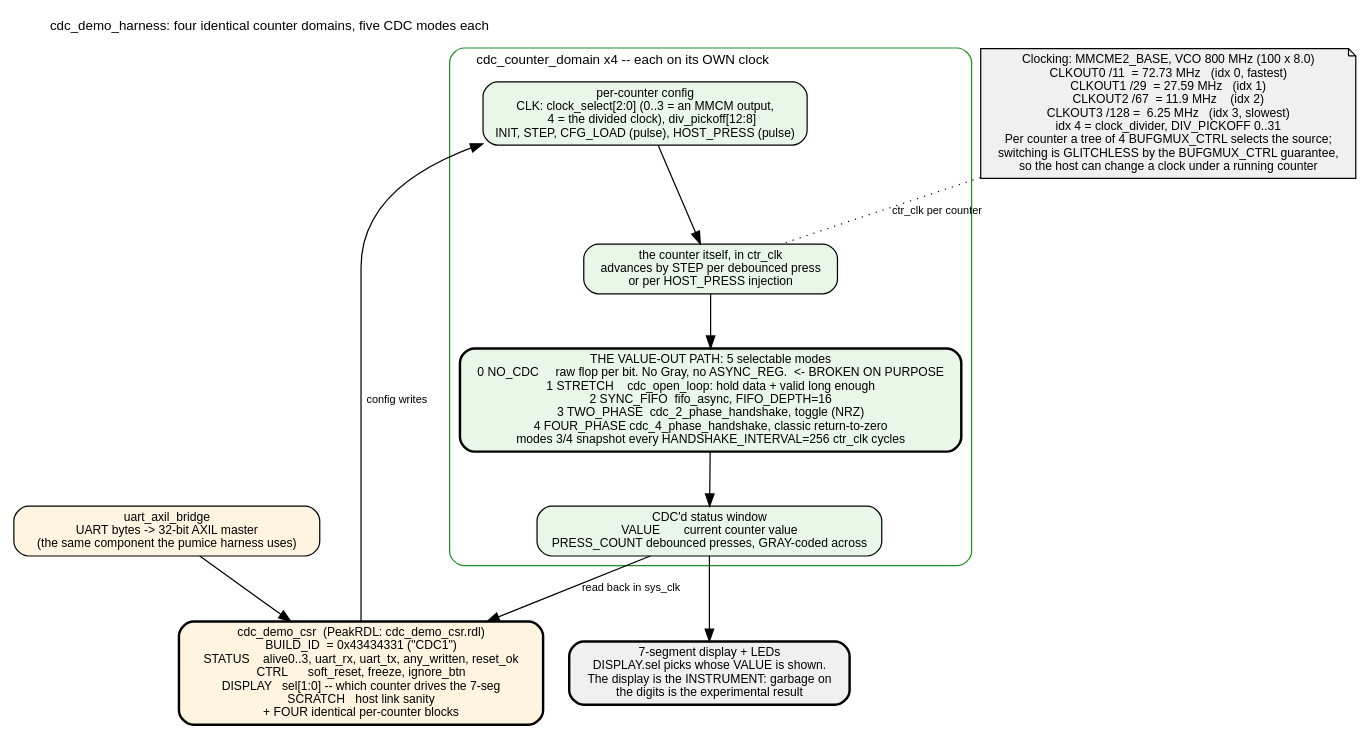
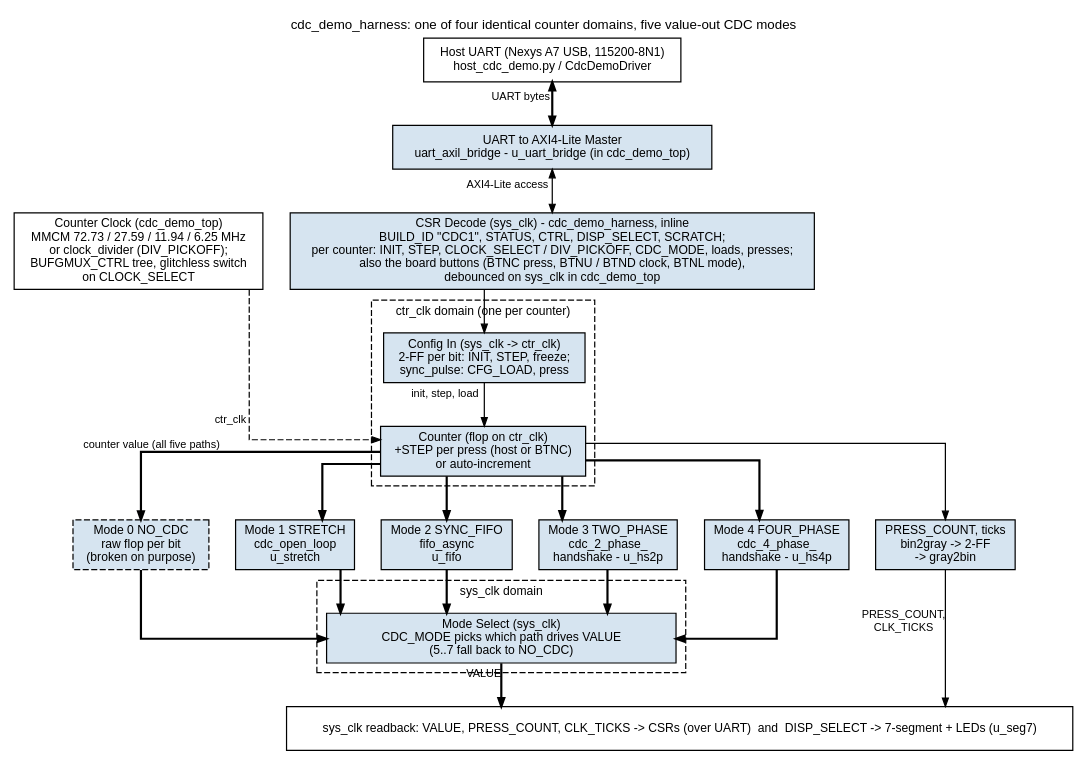
Before and after one commit to sean-galloway/RTLDesignSherpa: the diagram in projects/fpga-systems/NexysA7/misc-ip/cdc_counter_display/docs/cdc_fpga_system/assets/graphviz/02_harness_blocks.dot, drawn with Graphviz. The commit also changed 166 other files, not shown here.

```diff
--- a/projects/fpga-systems/NexysA7/misc-ip/cdc_counter_display/docs/cdc_fpga_system/assets/graphviz/02_harness_blocks.dot
+++ b/projects/fpga-systems/NexysA7/misc-ip/cdc_counter_display/docs/cdc_fpga_system/assets/graphviz/02_harness_blocks.dot
@@ -1,30 +1,72 @@
-// cdc_demo_harness. Register names from build-demo/rtl/cdc_demo_csr.rdl,
-// modes from cdc_counter_domain.sv.
+// Figure 2.1 -- cdc_demo_harness and one of its four counter domains, in the
+// CDC house style (vault/handbook/authoring/block-diagrams.md, the fifo_async
+// template): the host link is the white port on top, the two clock domains
+// are dashed regions, and the five value-out paths are the crossings, drawn
+// side by side as the heavy center rank between the domains. The mode select
+// is a plain box (a mux driven by a register, not a pick). The display and
+// the readback CSRs are the boundary bar. One counter is drawn; there are
+// four identical ones.
+// RTL: build-demo/rtl/cdc_demo_top.sv (u_uart_bridge, MMCM, clock_divider,
+// BUFGMUX_CTRL tree, u_seg7), cdc_demo_harness.sv, cdc_counter_domain.sv.
 digraph harness_blocks {
-    graph [rankdir=TB, fontname="Helvetica", fontsize=11, nodesep=0.3, ranksep=0.6,
-           label="cdc_demo_harness: four identical counter domains, five CDC modes each", labelloc=t, labeljust=l];
-    node  [fontname="Helvetica", fontsize=10, shape=box, style="rounded,filled", fillcolor="#f4f4f4"];
-    edge  [fontname="Helvetica", fontsize=9];
+    graph [rankdir=TB, bgcolor="white", fontname="Helvetica", fontsize=11,
+           nodesep="0.30", ranksep="0.50", splines=ortho, newrank=true,
+           label="cdc_demo_harness: one of four identical counter domains, five value-out CDC modes", labelloc=t];
+    node  [fontname="Helvetica", fontsize=10, shape=box, style=filled,
+           fillcolor="#D6E4F0", color="black", margin="0.10,0.06"];
+    edge  [fontname="Helvetica", fontsize=9, color="black", arrowsize=0.7];
 
-    uart [label="uart_axil_bridge\nUART bytes -> 32-bit AXIL master\n(the same component the pumice harness uses)", fillcolor="#fff4e0"];
-    csr  [label="cdc_demo_csr  (PeakRDL: cdc_demo_csr.rdl)\nBUILD_ID  = 0x43434331 (\"CDC1\")\nSTATUS    alive0..3, uart_rx, uart_tx, any_written, reset_ok\nCTRL      soft_reset, freeze, ignore_btn\nDISPLAY   sel[1:0] -- which counter drives the 7-seg\nSCRATCH   host link sanity\n+ FOUR identical per-counter blocks", fillcolor="#fff4e0", penwidth=2];
+    host [group=C, label="Host UART (Nexys A7 USB, 115200-8N1)\nhost_cdc_demo.py / CdcDemoDriver", fillcolor="white"];
+    uart [group=C, label="UART to AXI4-Lite Master\nuart_axil_bridge - u_uart_bridge (in cdc_demo_top)"];
+    csr  [group=C, label="CSR Decode (sys_clk) - cdc_demo_harness, inline\nBUILD_ID \"CDC1\", STATUS, CTRL, DISP_SELECT, SCRATCH;\nper counter: INIT, STEP, CLOCK_SELECT / DIV_PICKOFF, CDC_MODE, loads, presses;\nalso the board buttons (BTNC press, BTNU / BTND clock, BTNL mode),\ndebounced on sys_clk in cdc_demo_top", width=6];
+
+    clk  [label="Counter Clock (cdc_demo_top)\nMMCM 72.73 / 27.59 / 11.94 / 6.25 MHz\nor clock_divider (DIV_PICKOFF);\nBUFGMUX_CTRL tree, glitchless switch\non CLOCK_SELECT", fillcolor="white"];
 
     subgraph cluster_ctr {
-        label="cdc_counter_domain x4 -- each on its OWN clock"; style="rounded"; color="#228B22";
-        cfg [label="per-counter config\nCLK: clock_select[2:0] (0..3 = an MMCM output,\n     4 = the divided clock), div_pickoff[12:8]\nINIT, STEP, CFG_LOAD (pulse), HOST_PRESS (pulse)", fillcolor="#e9f7e9"];
-        ctr [label="the counter itself, in ctr_clk\nadvances by STEP per debounced press\nor per HOST_PRESS injection", fillcolor="#e9f7e9"];
-        modes [label="THE VALUE-OUT PATH: 5 selectable modes\n0 NO_CDC     raw flop per bit. No Gray, no ASYNC_REG.  <- BROKEN ON PURPOSE\n1 STRETCH    cdc_open_loop: hold data + valid long enough\n2 SYNC_FIFO  fifo_async, FIFO_DEPTH=16\n3 TWO_PHASE  cdc_2_phase_handshake, toggle (NRZ)\n4 FOUR_PHASE cdc_4_phase_handshake, classic return-to-zero\nmodes 3/4 snapshot every HANDSHAKE_INTERVAL=256 ctr_clk cycles", fillcolor="#e9f7e9", penwidth=2];
-        status [label="CDC'd status window\nVALUE       current counter value\nPRESS_COUNT debounced presses, GRAY-coded across", fillcolor="#e9f7e9"];
-        cfg -> ctr -> modes -> status;
+        label="ctr_clk domain (one per counter)"; style=dashed; fontsize=10;
+        cin  [label="Config In (sys_clk -> ctr_clk)\n2-FF per bit: INIT, STEP, freeze;\nsync_pulse: CFG_LOAD, press"];
+        ctr  [label="Counter (flop on ctr_clk)\n+STEP per press (host or BTNC)\nor auto-increment"];
     }
 
-    clks [label="Clocking: MMCME2_BASE, VCO 800 MHz (100 x 8.0)\nCLKOUT0 /11  = 72.73 MHz   (idx 0, fastest)\nCLKOUT1 /29  = 27.59 MHz   (idx 1)\nCLKOUT2 /67  = 11.9 MHz    (idx 2)\nCLKOUT3 /128 =  6.25 MHz   (idx 3, slowest)\nidx 4 = clock_divider, DIV_PICKOFF 0..31\nPer counter a tree of 4 BUFGMUX_CTRL selects the source;\nswitching is GLITCHLESS by the BUFGMUX_CTRL guarantee,\nso the host can change a clock under a running counter", shape=note, fillcolor="#f0f0f0"];
+    m0 [label="Mode 0 NO_CDC\nraw flop per bit\n(broken on purpose)", style="filled,dashed"];
+    m1 [label="Mode 1 STRETCH\ncdc_open_loop\nu_stretch"];
+    m2 [label="Mode 2 SYNC_FIFO\nfifo_async\nu_fifo"];
+    m3 [label="Mode 3 TWO_PHASE\ncdc_2_phase_\nhandshake - u_hs2p"];
+    m4 [label="Mode 4 FOUR_PHASE\ncdc_4_phase_\nhandshake - u_hs4p"];
+    gray [label="PRESS_COUNT, ticks\nbin2gray -> 2-FF\n-> gray2bin"];
 
-    disp [label="7-segment display + LEDs\nDISPLAY.sel picks whose VALUE is shown.\nThe display is the INSTRUMENT: garbage on\nthe digits is the experimental result", fillcolor="#f0f0f0", penwidth=2];
+    subgraph cluster_sys {
+        label="sys_clk domain"; style=dashed; fontsize=10;
+        sel [label="Mode Select (sys_clk)\nCDC_MODE picks which path drives VALUE\n(5..7 fall back to NO_CDC)", width=4];
+    }
 
-    uart -> csr;
-    csr  -> cfg   [label="config writes"];
-    status -> csr [label="read back in sys_clk"];
-    clks -> ctr   [style=dotted, arrowhead=none, label="ctr_clk per counter"];
-    status -> disp;
+    bar [group=C, label="sys_clk readback: VALUE, PRESS_COUNT, CLK_TICKS -> CSRs (over UART)  and  DISP_SELECT -> 7-segment + LEDs (u_seg7)", fillcolor="white", width=9];
+
+
+    { rank=same; clk; csr; }
+    clk -> csr [style=invis];
+    { rank=same; m0; m1; m2; m3; m4; gray; }
+    m0 -> m1 -> m2 -> m3 -> m4 -> gray [style=invis];
+
+    host -> uart [dir=both, penwidth=1.8, xlabel="UART bytes"];
+    uart -> csr  [dir=both, xlabel="AXI4-Lite access"];
+    csr  -> cin;
+    clk  -> ctr  [style=dashed, xlabel="ctr_clk"];
+    cin  -> ctr  [xlabel="init, step, load"];
+
+    ctr -> m0 [penwidth=1.8, xlabel="counter value (all five paths)"];
+    ctr -> m1 [penwidth=1.8];
+    ctr -> m2 [penwidth=1.8];
+    ctr -> m3 [penwidth=1.8];
+    ctr -> m4 [penwidth=1.8];
+    ctr -> gray;
+
+    m0 -> sel [penwidth=1.8];
+    m1 -> sel [penwidth=1.8];
+    m2 -> sel [penwidth=1.8];
+    m3 -> sel [penwidth=1.8];
+    m4 -> sel [penwidth=1.8];
+
+    sel  -> bar [penwidth=1.8, xlabel="VALUE"];
+    gray -> bar [xlabel="PRESS_COUNT,\nCLK_TICKS"];
 }
```
